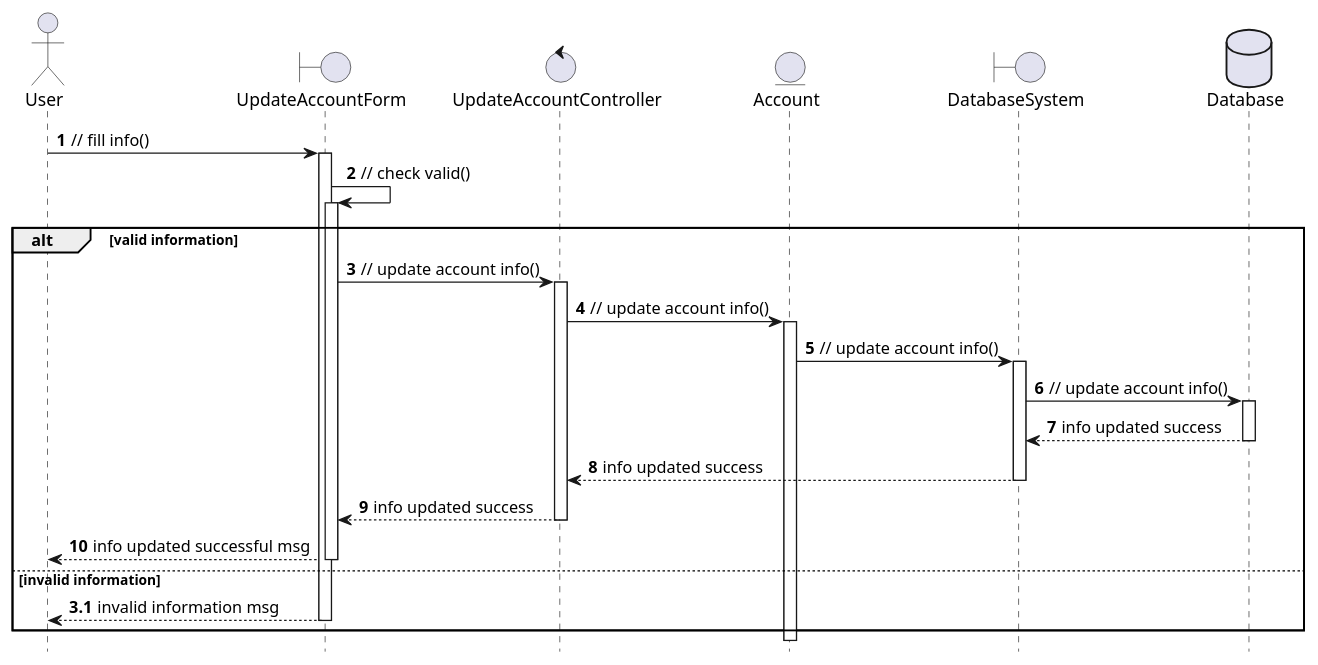
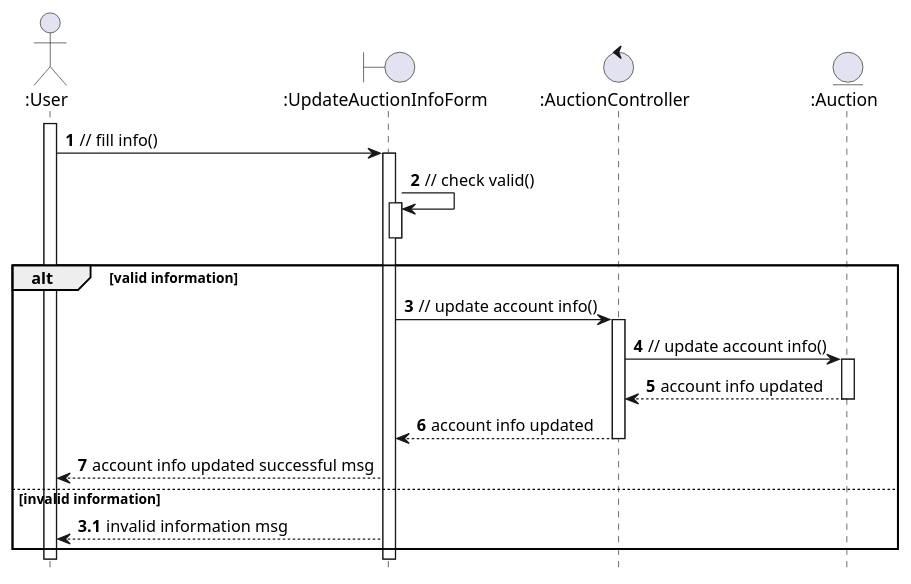
The diagram in uml/analysis/sequence/update-account-information.pu (anhbanlinhle/velocity-exchange), drawn with PlantUML before and after one commit. The commit also changed 6 other files, not shown here.

Commit message:
done seq diagram

```diff
--- a/uml/analysis/sequence/update-account-information.pu
+++ b/uml/analysis/sequence/update-account-information.pu
@@ -1,34 +1,36 @@
 @startuml Update Account Information
 hide footbox
-actor "User" as Users
-boundary "UpdateAccountForm" as UpdateAccountBoundary
-control "UpdateAccountController" as AccountController
-entity "Account" as AccountEntity
-boundary "DatabaseSystem" as DatabaseBoundary
-database "Database" as DatabaseActor
+actor ":User" as User
+boundary ":UpdateAuctionInfoForm" as UpdateAccountBoundary
+control ":AuctionController" as AccountController
+entity ":Auction" as AccountEntity
 
 autonumber
-autoactivate on
-Users -> UpdateAccountBoundary: // fill info()
+activate User
+User -> UpdateAccountBoundary: // fill info()
+activate UpdateAccountBoundary
 
 UpdateAccountBoundary -> UpdateAccountBoundary: // check valid()
+activate UpdateAccountBoundary
+deactivate UpdateAccountBoundary
 
 alt valid information
 
     UpdateAccountBoundary -> AccountController: // update account info()
+    activate AccountController
     AccountController -> AccountEntity: // update account info()
-    AccountEntity -> DatabaseBoundary: // update account info()
-    DatabaseBoundary -> DatabaseActor: // update account info()
+    activate AccountEntity
+    AccountEntity --> AccountController: account info updated
+    deactivate AccountEntity
+    AccountController --> UpdateAccountBoundary: account info updated
+    deactivate AccountController
+    UpdateAccountBoundary --> User: account info updated successful msg
 
-    DatabaseActor --> DatabaseBoundary: info updated success
-    DatabaseBoundary --> AccountController: info updated success
-    AccountController --> UpdateAccountBoundary: info updated success
-    UpdateAccountBoundary --> Users: info updated successful msg
 
 else invalid information
     
     autonumber 3.1
-    UpdateAccountBoundary --> Users: invalid information msg
+    UpdateAccountBoundary --> User: invalid information msg
 
 end
 @enduml
```
